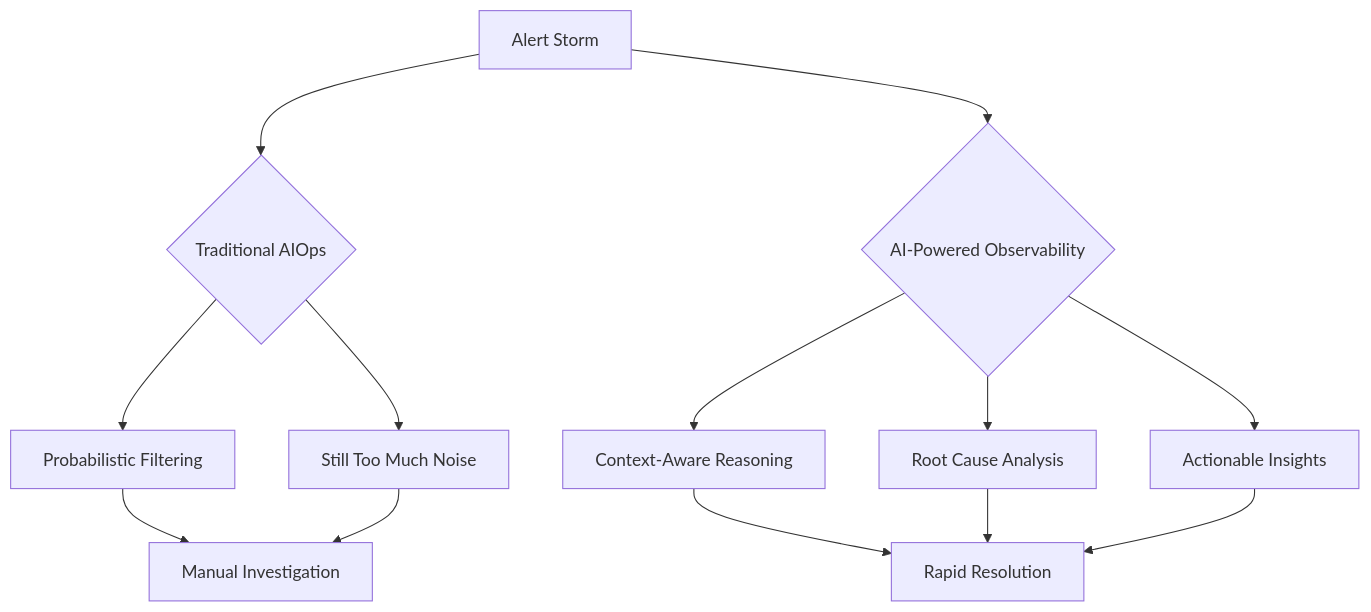
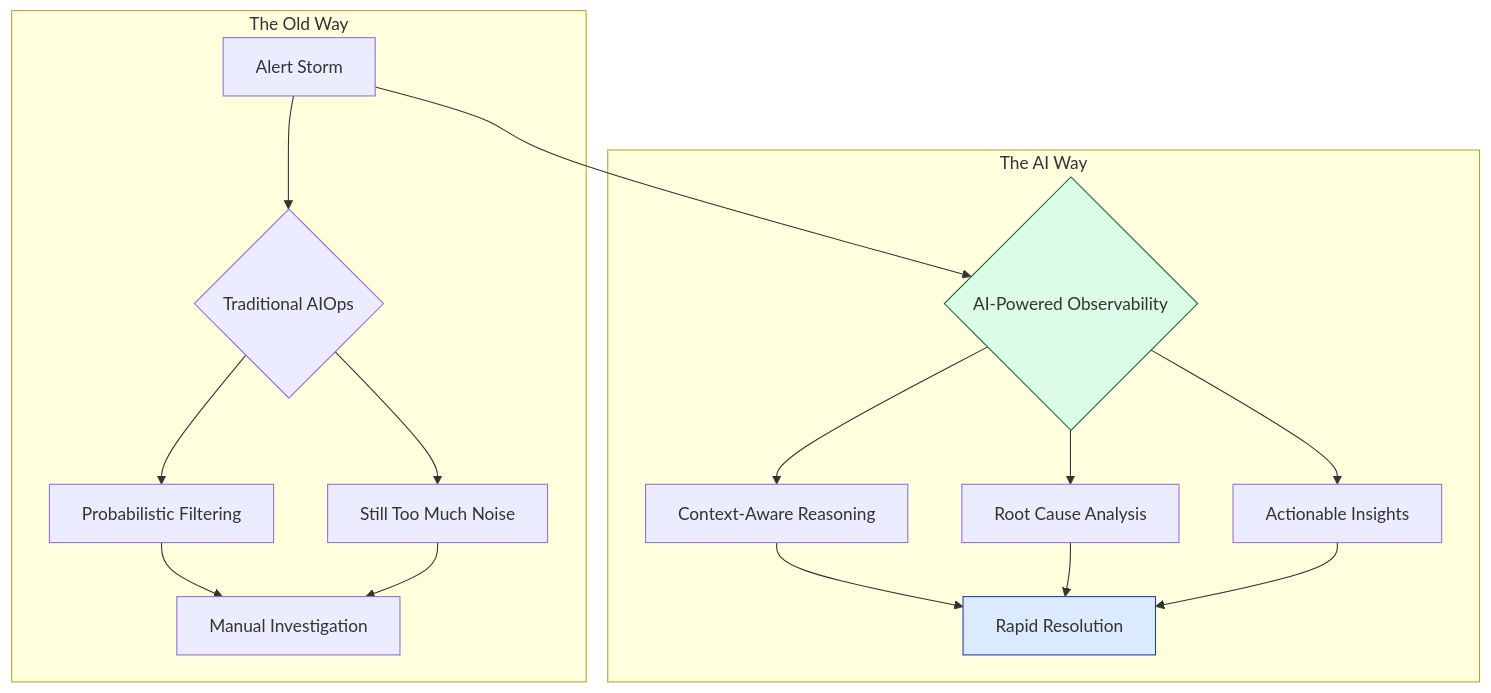
The first of 11 diagrams in src/app/blog/ai-powered-observability-breaking-down-silos.mdx (ianlintner/portfolio), drawn with Mermaid before and after one commit. The commit also changed other lines of this file and 8 other files, not shown here.

````diff
--- a/src/app/blog/ai-powered-observability-breaking-down-silos.mdx
+++ b/src/app/blog/ai-powered-observability-breaking-down-silos.mdx
@@ -76,15 +78,23 @@
 ```mermaid
 graph TD
+    subgraph "The Old Way"
     A[Alert Storm] --> B{Traditional AIOps}
-    A --> C{AI-Powered Observability}
     B --> D[Probabilistic Filtering]
     B --> E[Still Too Much Noise]
+    D --> I[Manual Investigation]
+    E --> I
+    end
+
+    subgraph "The AI Way"
+    A --> C{AI-Powered Observability}
     C --> F[Context-Aware Reasoning]
     C --> G[Root Cause Analysis]
     C --> H[Actionable Insights]
-    D --> I[Manual Investigation]
-    E --> I
     F --> J[Rapid Resolution]
     G --> J
     H --> J
+    end
+    
+    style C fill:#dcfce7,stroke:#166534
+    style J fill:#dbeafe,stroke:#1e40af
 ```
````
